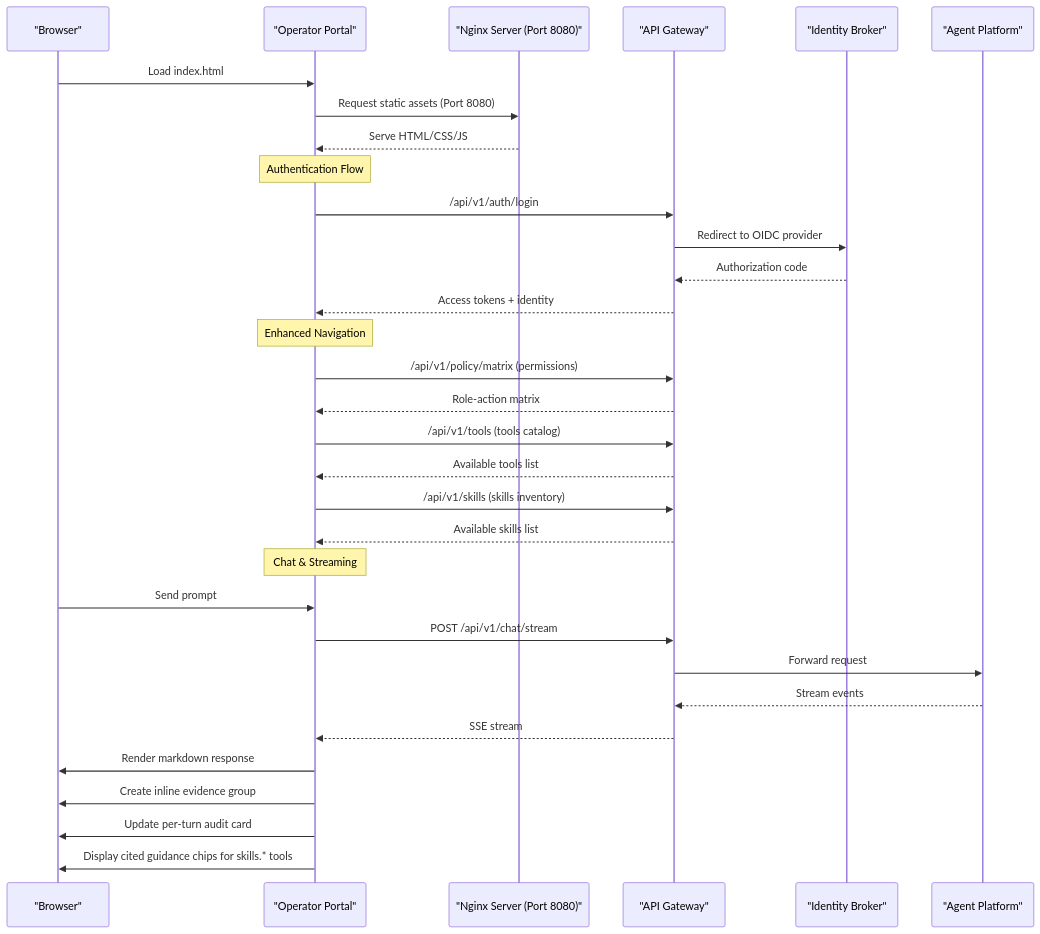
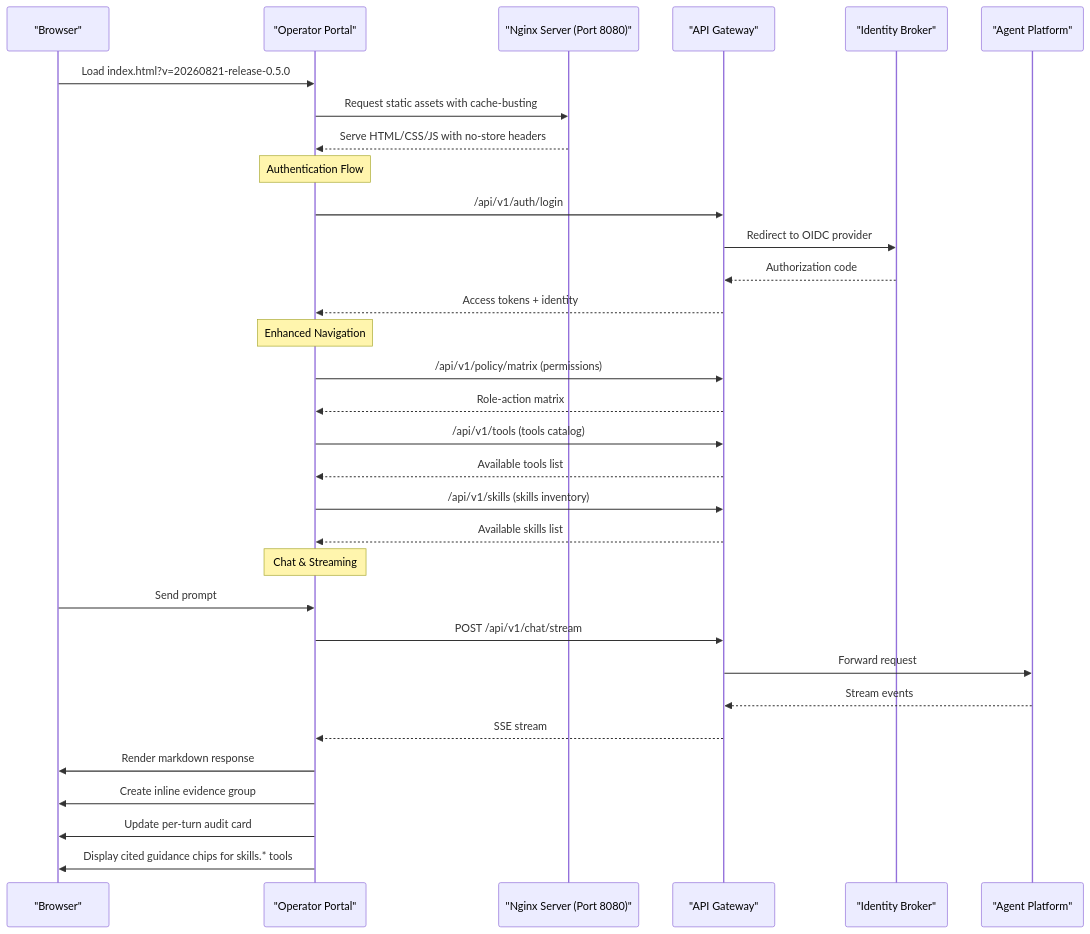
One commit to metasync/luban-aiops changed the second of 2 diagrams in .qoder/repowiki/en/content/Operator Portal.md. Above: the diagram before and after it, drawn with Mermaid. The commit also changed other lines of this file and 4 other files, not shown here.

````diff
--- a/.qoder/repowiki/en/content/Operator Portal.md
+++ b/.qoder/repowiki/en/content/Operator Portal.md
@@ -142,34 +146,34 @@
 ```mermaid
 sequenceDiagram
 participant User as "Browser"
 participant Portal as "Operator Portal"
 participant Nginx as "Nginx Server (Port 8080)"
 participant Gateway as "API Gateway"
 participant Identity as "Identity Broker"
 participant Agent as "Agent Platform"
-User->>Portal : Load index.html
-Portal->>Nginx : Request static assets (Port 8080)
-Nginx-->>Portal : Serve HTML/CSS/JS
+User->>Portal : Load index.html?v=20260821-release-0.5.0
+Portal->>Nginx : Request static assets with cache-busting
+Nginx-->>Portal : Serve HTML/CSS/JS with no-store headers
 Note over Portal : Authentication Flow
 Portal->>Gateway : /api/v1/auth/login
 Gateway->>Identity : Redirect to OIDC provider
 Identity-->>Gateway : Authorization code
 Gateway-->>Portal : Access tokens + identity
 Note over Portal : Enhanced Navigation
 Portal->>Gateway : /api/v1/policy/matrix (permissions)
 Gateway-->>Portal : Role-action matrix
 Portal->>Gateway : /api/v1/tools (tools catalog)
 Gateway-->>Portal : Available tools list
 Portal->>Gateway : /api/v1/skills (skills inventory)
 Gateway-->>Portal : Available skills list
 Note over Portal : Chat & Streaming
 User->>Portal : Send prompt
 Portal->>Gateway : POST /api/v1/chat/stream
 Gateway->>Agent : Forward request
 Agent-->>Gateway : Stream events
 Gateway-->>Portal : SSE stream
 Portal->>User : Render markdown response
 Portal->>User : Create inline evidence group
 Portal->>User : Update per-turn audit card
 Portal->>User : Display cited guidance chips for skills.* tools
 ```
````
